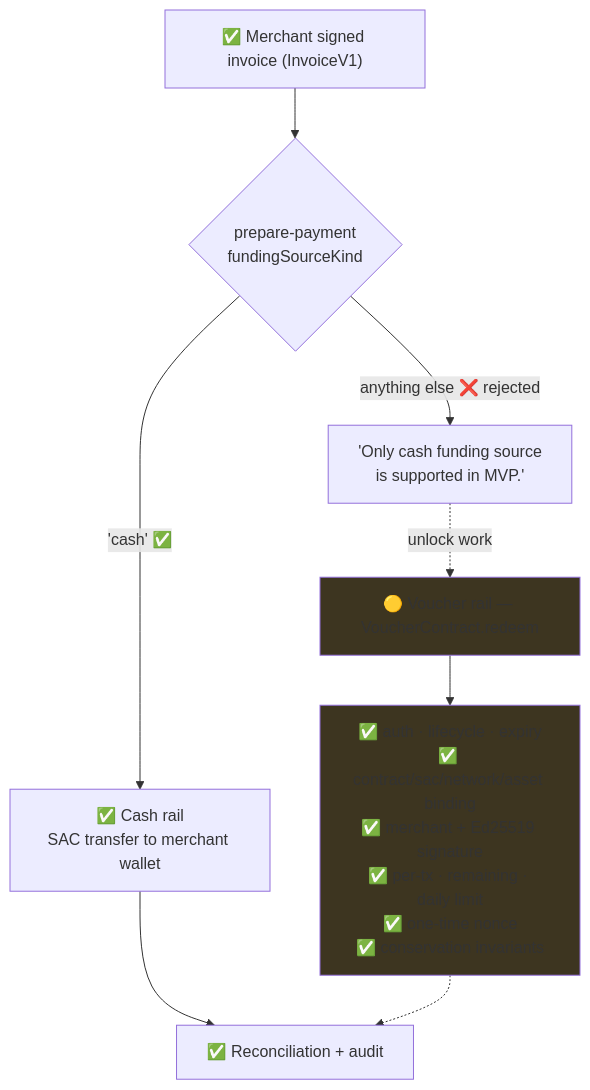
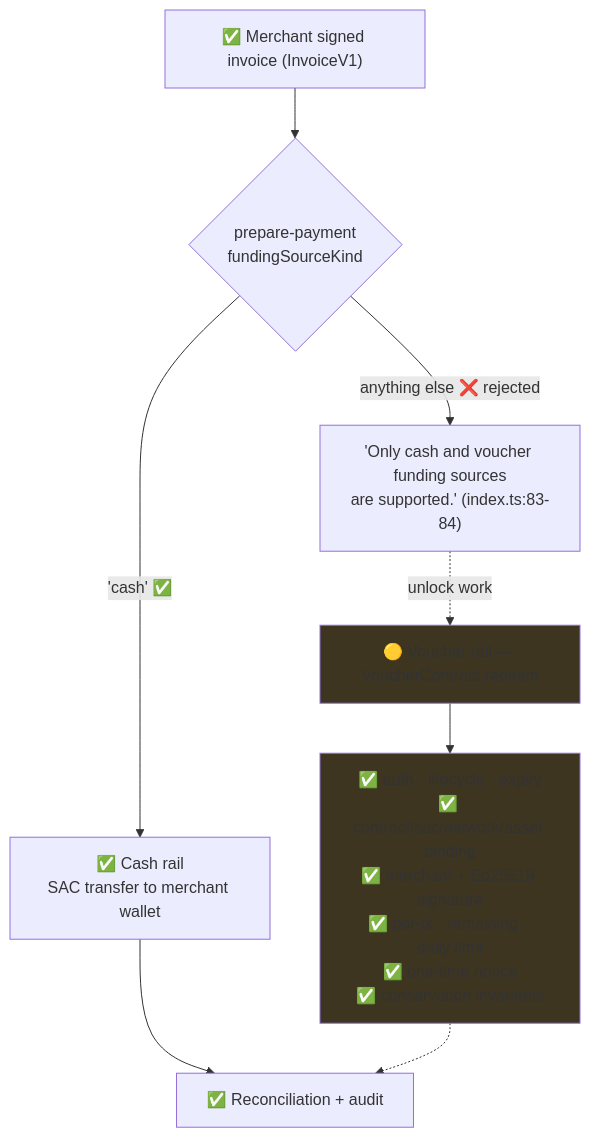
The fourth of 6 diagrams in docs/flow-reliefchain.md (ejay-detera/relief-chain), drawn with Mermaid before and after one commit. The commit also changed other lines of this file and 25 other files, not shown here.

First line of the commit message:
feat(merchant): restore invoice receive payment screen with redemption flow

````diff
--- a/docs/flow-reliefchain.md
+++ b/docs/flow-reliefchain.md
@@ -260,14 +263,14 @@
 ```mermaid
 flowchart TB
   INV["✅ Merchant signed invoice (InvoiceV1)"] --> GATE{"prepare-payment<br/>fundingSourceKind"}
   GATE -->|"'cash' ✅"| CASH["✅ Cash rail<br/>SAC transfer to merchant wallet"]
-  GATE -->|"anything else ❌ rejected"| BLOCK["'Only cash funding source<br/>is supported in MVP.'"]
+  GATE -->|"anything else ❌ rejected"| BLOCK["'Only cash and voucher funding sources<br/>are supported.' (index.ts:83-84)"]
   BLOCK -.->|"unlock work"| VOUCH
   VOUCH["🟡 Voucher rail — VoucherContract.redeem"]
   VOUCH --> VCHK["✅ auth · lifecycle · expiry<br/>✅ contract/sac/network/asset binding<br/>✅ merchant + Ed25519 signature<br/>✅ per-tx · remaining · daily limit<br/>✅ one-time nonce<br/>✅ conservation invariants"]
   CASH --> REC["✅ Reconciliation + audit"]
   VCHK -.-> REC
 
   style VOUCH fill:#3d3520
   style VCHK fill:#3d3520
 ```
````
